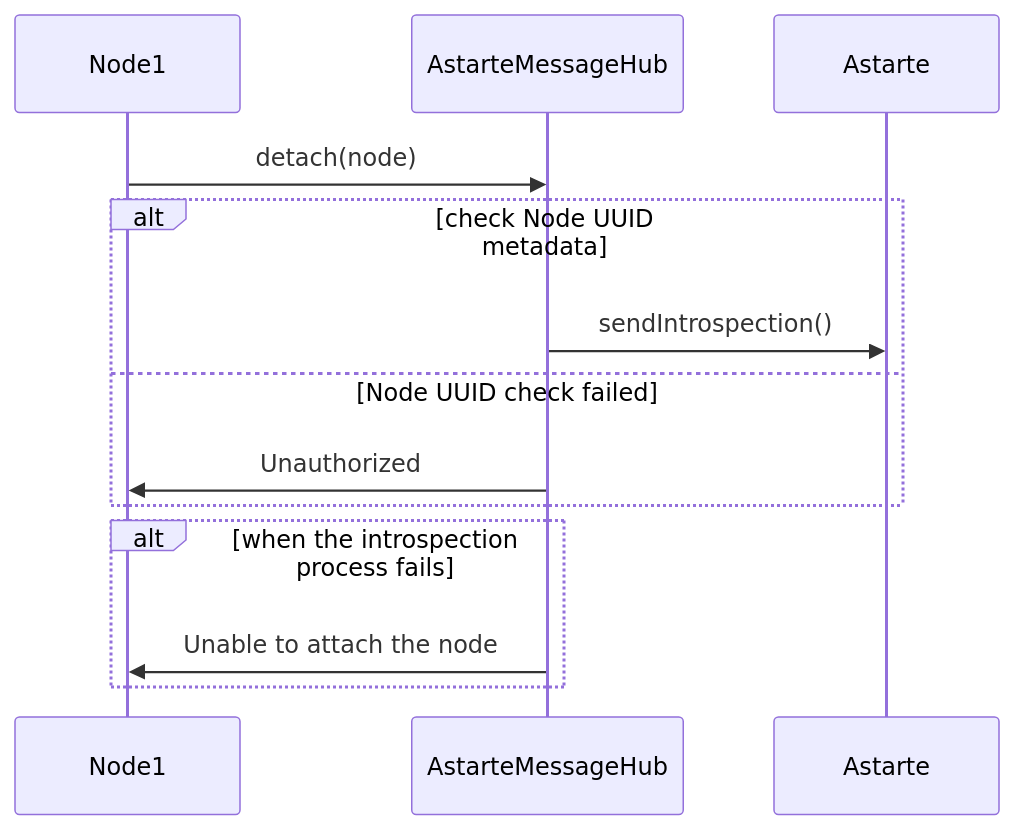
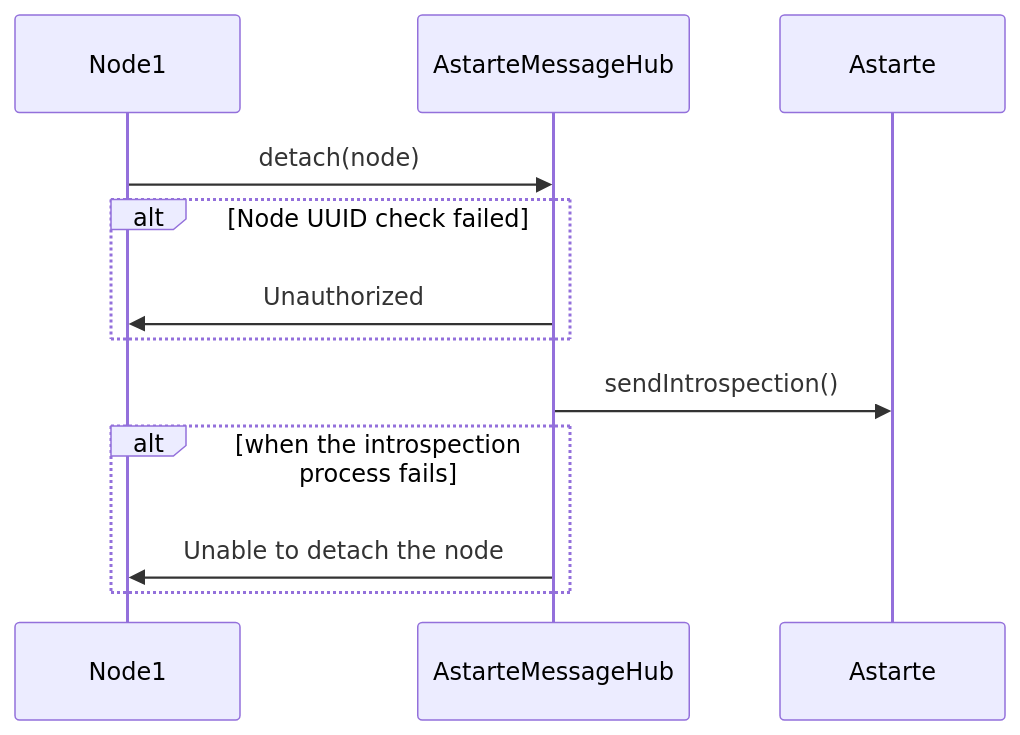
The fourth of 4 diagrams in docs/ARCHITECTURE.md (astarte-platform/astarte-message-hub), drawn with Mermaid before and after one commit. The commit also changed other lines of this file and 2 other files, not shown here.

Commit message:
refactor(test): add interceptor layer to e2e-tests

````diff
--- a/docs/ARCHITECTURE.md
+++ b/docs/ARCHITECTURE.md
@@ -227,16 +226,14 @@
 ```mermaid
 sequenceDiagram
     participant Node1
     participant AstarteMessageHub
     participant Astarte
     Node1->>AstarteMessageHub: detach(node)
-    alt check Node UUID metadata
-        AstarteMessageHub ->> Astarte: sendIntrospection()
-    else Node UUID check failed
+    alt Node UUID check failed
         AstarteMessageHub ->> Node1: Unauthorized
     end
-
+    AstarteMessageHub ->> Astarte: sendIntrospection()
     alt when the introspection process fails
-         AstarteMessageHub->>Node1: Unable to attach the node
+        AstarteMessageHub ->> Node1: Unable to detach the node
     end
 ```
````
